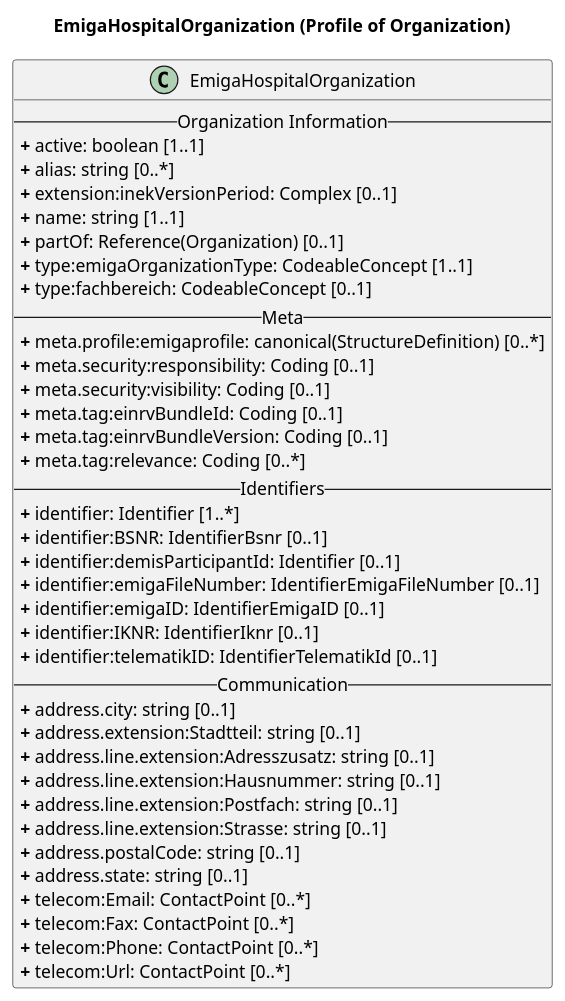
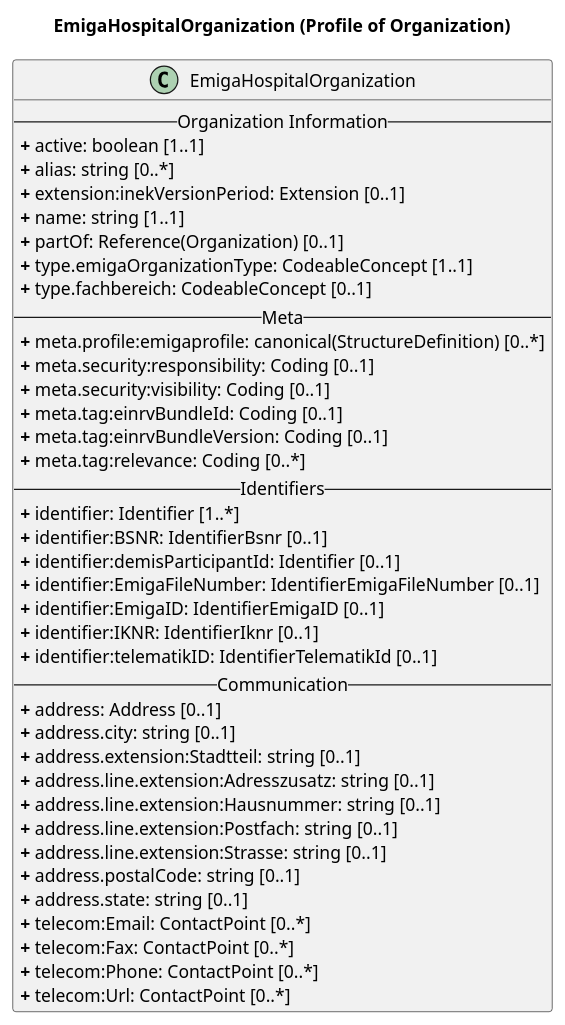
The diagram in rki.emiga.vzd/guides/implementationguides.vzd/PlantUML/HospitalOrganization.puml (robert-koch-institut/rki.emiga.vzd), drawn with PlantUML before and after one commit. The commit also changed 18 other files, not shown here.

```diff
--- a/rki.emiga.vzd/guides/implementationguides.vzd/PlantUML/HospitalOrganization.puml
+++ b/rki.emiga.vzd/guides/implementationguides.vzd/PlantUML/HospitalOrganization.puml
@@ -1,46 +1,47 @@
 @startuml
 skinparam linetype ortho
 
 title EmigaHospitalOrganization (Profile of Organization)
 
 ' Main Class
 class EmigaHospitalOrganization{
 -- Organization Information --
 <b>+</b> active: boolean [1..1]
 <b>+</b> alias: string [0..*]
-<b>+</b> extension:inekVersionPeriod: Complex [0..1]
+<b>+</b> extension:inekVersionPeriod: Extension [0..1]
 <b>+</b> name: string [1..1]
 <b>+</b> partOf: Reference(Organization) [0..1]
-<b>+</b> type:emigaOrganizationType: CodeableConcept [1..1]
-<b>+</b> type:fachbereich: CodeableConcept [0..1]
+<b>+</b> type.emigaOrganizationType: CodeableConcept [1..1]
+<b>+</b> type.fachbereich: CodeableConcept [0..1]
 -- Meta --
 <b>+</b> meta.profile:emigaprofile: canonical(StructureDefinition) [0..*]
 <b>+</b> meta.security:responsibility: Coding [0..1]
 <b>+</b> meta.security:visibility: Coding [0..1]
 <b>+</b> meta.tag:einrvBundleId: Coding [0..1]
 <b>+</b> meta.tag:einrvBundleVersion: Coding [0..1]
 <b>+</b> meta.tag:relevance: Coding [0..*]
 -- Identifiers --
 <b>+</b> identifier: Identifier [1..*] 
-<b>+</b> identifier:BSNR: IdentifierBsnr [0..1] 
+<b>+</b> identifier:BSNR: IdentifierBsnr [0..1]
 <b>+</b> identifier:demisParticipantId: Identifier [0..1]
-<b>+</b> identifier:emigaFileNumber: IdentifierEmigaFileNumber [0..1]
-<b>+</b> identifier:emigaID: IdentifierEmigaID [0..1]
+<b>+</b> identifier:EmigaFileNumber: IdentifierEmigaFileNumber [0..1]
+<b>+</b> identifier:EmigaID: IdentifierEmigaID [0..1]
 <b>+</b> identifier:IKNR: IdentifierIknr [0..1]
 <b>+</b> identifier:telematikID: IdentifierTelematikId [0..1]
 -- Communication --
+<b>+</b> address: Address [0..1]
 <b>+</b> address.city: string [0..1]
 <b>+</b> address.extension:Stadtteil: string [0..1]
 <b>+</b> address.line.extension:Adresszusatz: string [0..1]
 <b>+</b> address.line.extension:Hausnummer: string [0..1]
 <b>+</b> address.line.extension:Postfach: string [0..1]
 <b>+</b> address.line.extension:Strasse: string [0..1]
 <b>+</b> address.postalCode: string [0..1]
 <b>+</b> address.state: string [0..1]
 <b>+</b> telecom:Email: ContactPoint [0..*]
 <b>+</b> telecom:Fax: ContactPoint [0..*]
 <b>+</b> telecom:Phone: ContactPoint [0..*]
 <b>+</b> telecom:Url: ContactPoint [0..*]
 }
 
 @enduml
```
